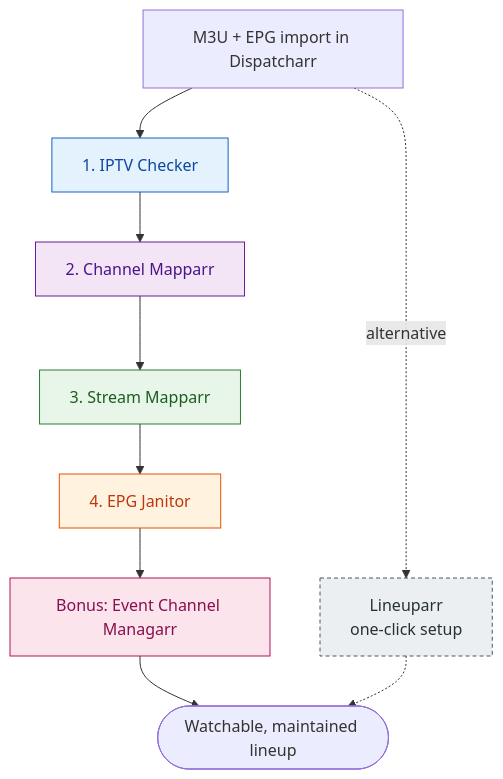
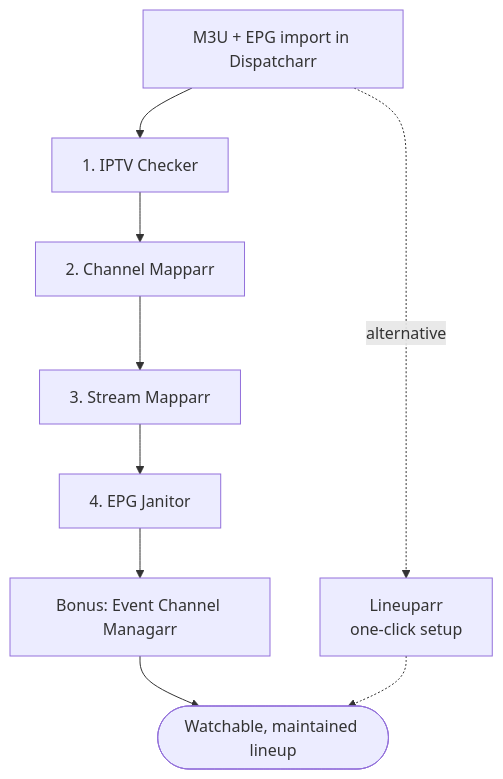
Before and after one commit to PiratesIRC/Dispatcharr-Plugin-Workflow: the diagram in docs/index.md, drawn with Mermaid. The commit also changed 7 other files, not shown here.

First line of the commit message:
Fix Mermaid rendering, sidebar nav, and add backup warnings + crontab.guru link

````diff
--- a/docs/index.md
+++ b/docs/index.md
@@ -13,26 +13,12 @@
 ```mermaid
 flowchart TD
-    A[M3U + EPG import in Dispatcharr] --> B[1. IPTV Checker]
-    B --> C[2. Channel Mapparr]
-    C --> D[3. Stream Mapparr]
-    D --> E[4. EPG Janitor]
-    E --> F[Bonus: Event Channel Managarr]
-    F --> G([Watchable, maintained lineup])
+    A["M3U + EPG import in Dispatcharr"] --> B["1. IPTV Checker"]
+    B --> C["2. Channel Mapparr"]
+    C --> D["3. Stream Mapparr"]
+    D --> E["4. EPG Janitor"]
+    E --> F["Bonus: Event Channel Managarr"]
+    F --> G(["Watchable, maintained lineup"])
 
-    A -.alternative.-> L[Lineuparr<br/>one-click setup]
+    A -. alternative .-> L["Lineuparr<br/>one-click setup"]
     L -.-> G
-
-    B:::probe
-    C:::organize
-    D:::match
-    E:::epg
-    F:::events
-    L:::alt
-
-    classDef probe fill:#e3f2fd,stroke:#1565c0,color:#0d47a1
-    classDef organize fill:#f3e5f5,stroke:#6a1b9a,color:#4a148c
-    classDef match fill:#e8f5e9,stroke:#2e7d32,color:#1b5e20
-    classDef epg fill:#fff3e0,stroke:#e65100,color:#bf360c
-    classDef events fill:#fce4ec,stroke:#ad1457,color:#880e4f
-    classDef alt fill:#eceff1,stroke:#455a64,color:#263238,stroke-dasharray:4 3
 ```
````
